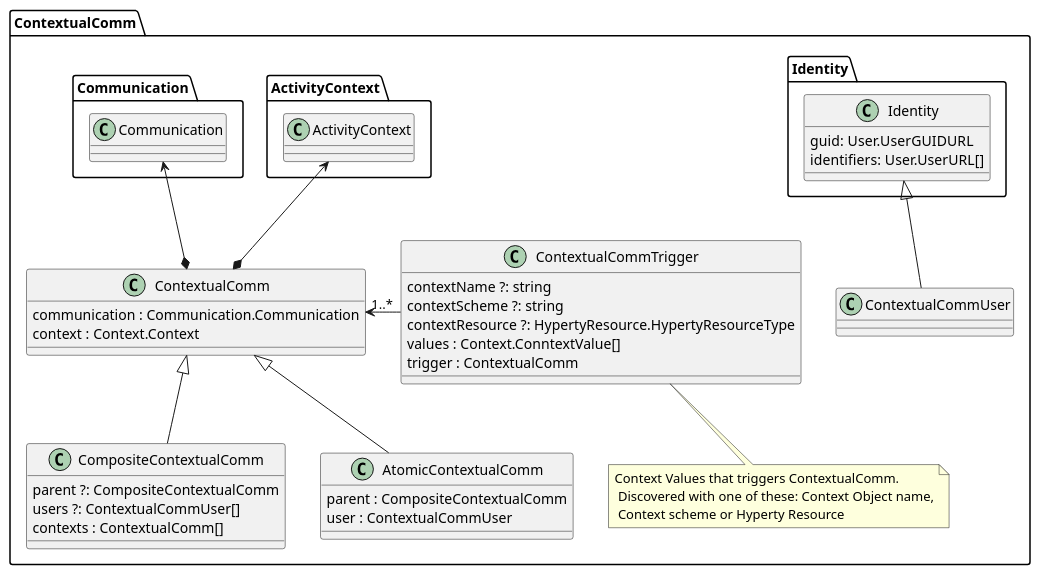
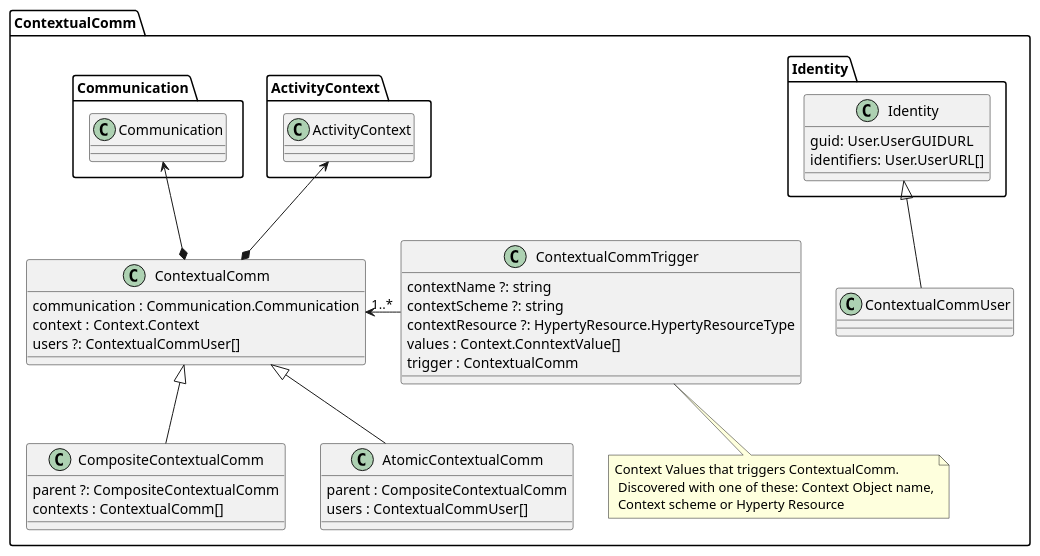
The diagram in docs/contextual-communication-design.puml (reTHINK-project/dev-smart-contextual-assistance-app), drawn with PlantUML before and after one commit. The commit also changed 1 other file, not shown here.

```diff
--- a/docs/contextual-communication-design.puml
+++ b/docs/contextual-communication-design.puml
@@ -1,55 +1,55 @@
 @startuml "contextual-communication-design.png"
 
 Package ContextualComm {
 
 	class ContextualComm {
 	communication : Communication.Communication
 	context : Context.Context
+	users ?: ContextualCommUser[]
 	}
 
 	class ContextualCommTrigger {
 	contextName ?: string
 	contextScheme ?: string
 	contextResource ?: HypertyResource.HypertyResourceType
 	values : Context.ConntextValue[]
 	trigger : ContextualComm
 	}
 
 	note bottom : Context Values that triggers ContextualComm.\n Discovered with one of these: Context Object name,\n Context scheme or Hyperty Resource
 
 	class CompositeContextualComm {
 	}
 
 	class AtomicContextualComm {
 	parent : CompositeContextualComm
-	user : ContextualCommUser
+	users : ContextualCommUser[]
 	}
 
 	class CompositeContextualComm {
 	parent ?: CompositeContextualComm
-	users ?: ContextualCommUser[]
 	contexts : ContextualComm[]
 	}
 
 	class ContextualCommUser {
 	}
 
 	class Identity.Identity {
 	 guid: User.UserGUIDURL
 	 identifiers: User.UserURL[]
 	}
 
  ContextualComm <-right- "1..*" ContextualCommTrigger
 
 	ContextualComm *-up-> ActivityContext.ActivityContext
 
 	ContextualComm *-up-> Communication.Communication
 
 	ContextualCommUser -up-|> Identity.Identity
 
 	CompositeContextualComm -up-|> ContextualComm
 
 	AtomicContextualComm -up-|> ContextualComm
 }
 
 @enduml
```
